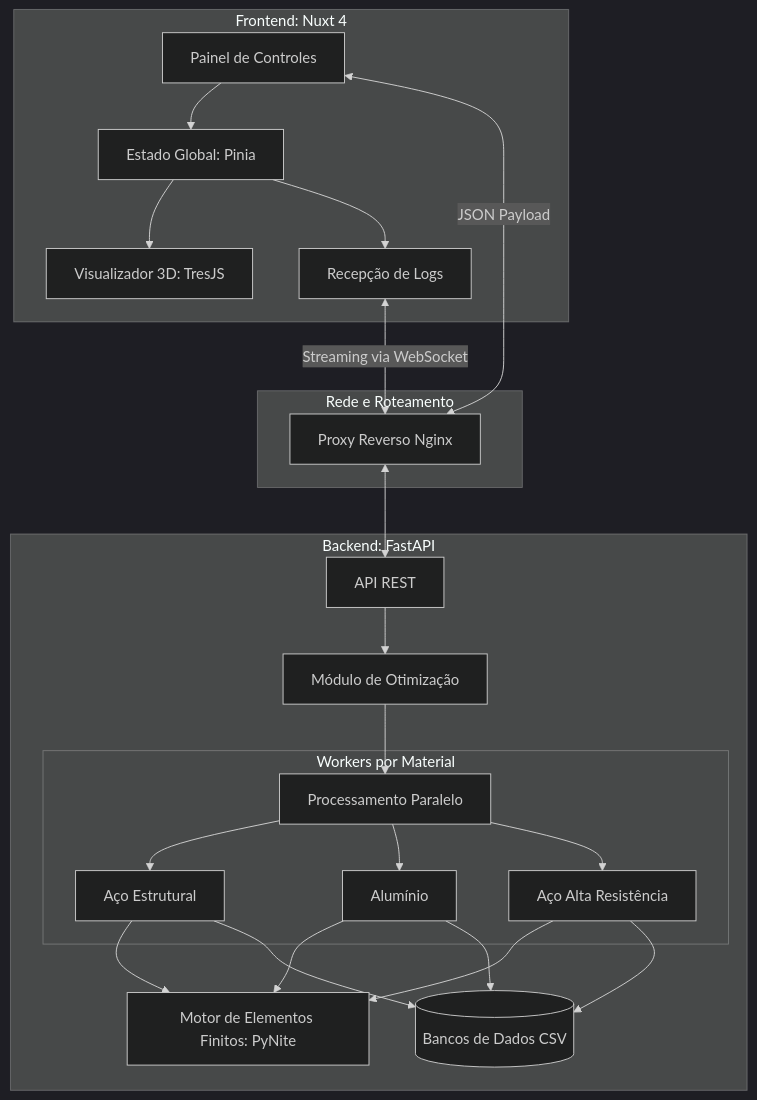
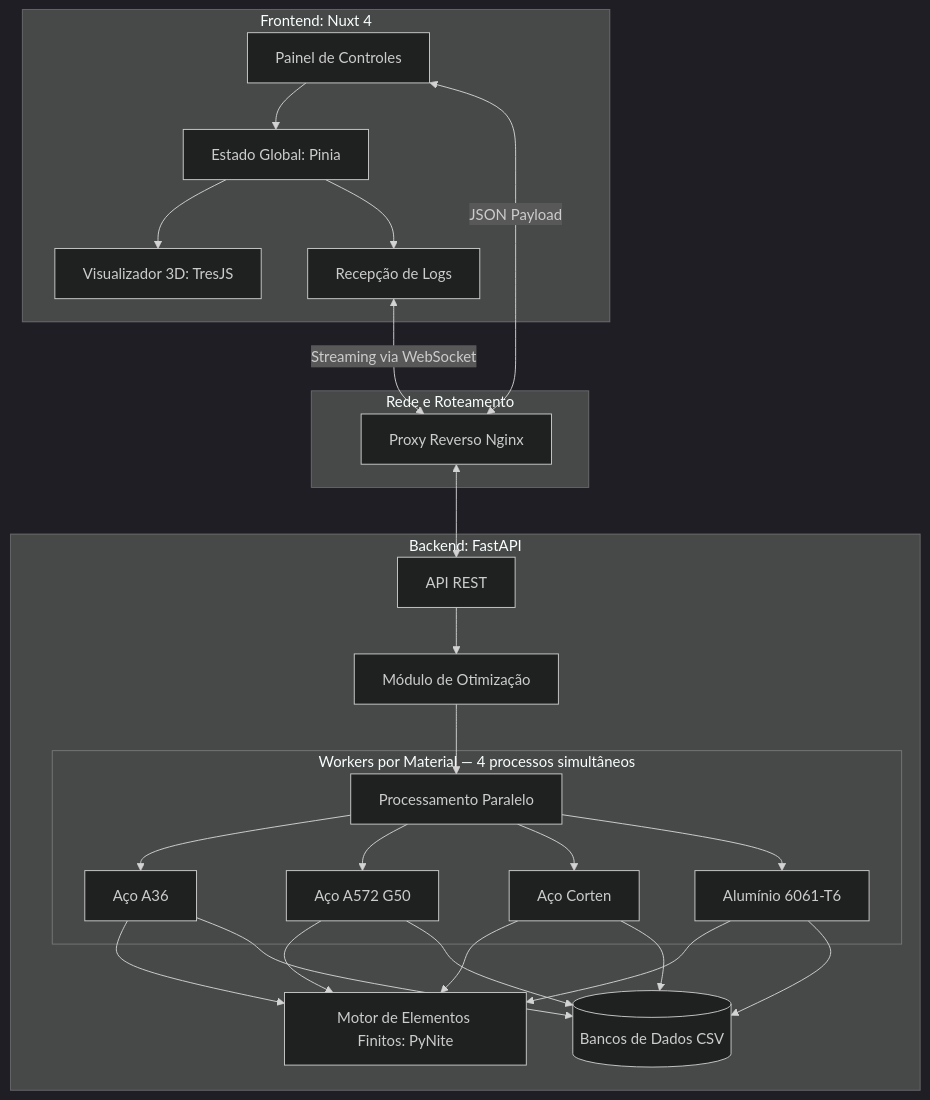
One commit to paulomml/truss-opt-3d changed the first of 2 diagrams in README.md. Above: the diagram before and after it, drawn with Mermaid (dark theme). The commit also changed other lines of this file, not shown here.

````diff
--- a/README.md
+++ b/README.md
@@ -92,30 +90,31 @@
 ```mermaid
 graph TD
   subgraph Client_Side [Frontend: Nuxt 4]
     UI[Painel de Controles] --> Store[Estado Global: Pinia]
     Store --> 3DViewer[Visualizador 3D: TresJS]
     Store --> WebSocketClient[Recepção de Logs]
   end
 
   subgraph Gateway [Rede e Roteamento]
     Nginx[Proxy Reverso Nginx]
   end
 
   subgraph Server_Side [Backend: FastAPI]
     Endpoint[API REST] --> Orquestrador[Módulo de Otimização]
     Orquestrador --> Pool[Processamento Paralelo]
 
-    subgraph Processos_Workers [Workers por Material]
-      Pool --> W_Aco[Aço Estrutural]
-      Pool --> W_Alu[Alumínio]
-      Pool --> W_Cor[Aço Alta Resistência]
+    subgraph Processos_Workers [Workers por Material — 4 processos simultâneos]
+      Pool --> W_A36[Aço A36]
+      Pool --> W_A572[Aço A572 G50]
+      Pool --> W_Corten[Aço Corten]
+      Pool --> W_Alu[Alumínio 6061-T6]
     end
 
-    W_Aco & W_Alu & W_Cor --> Solver[Motor de Elementos Finitos: PyNite]
-    W_Aco & W_Alu & W_Cor --> Data[(Bancos de Dados CSV)]
+    W_A36 & W_A572 & W_Corten & W_Alu --> Solver[Motor de Elementos Finitos: PyNite]
+    W_A36 & W_A572 & W_Corten & W_Alu --> Data[(Bancos de Dados CSV)]
   end
 
   UI <-->|JSON Payload| Nginx
   WebSocketClient <-->|Streaming via WebSocket| Nginx
   Nginx <--> Endpoint
 ```
````
